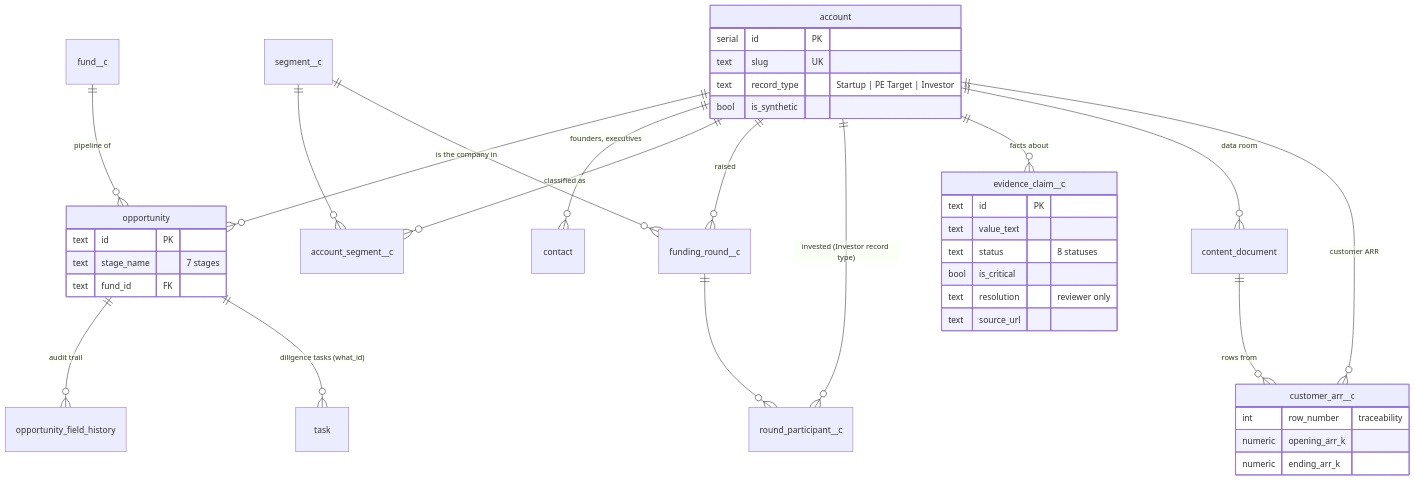
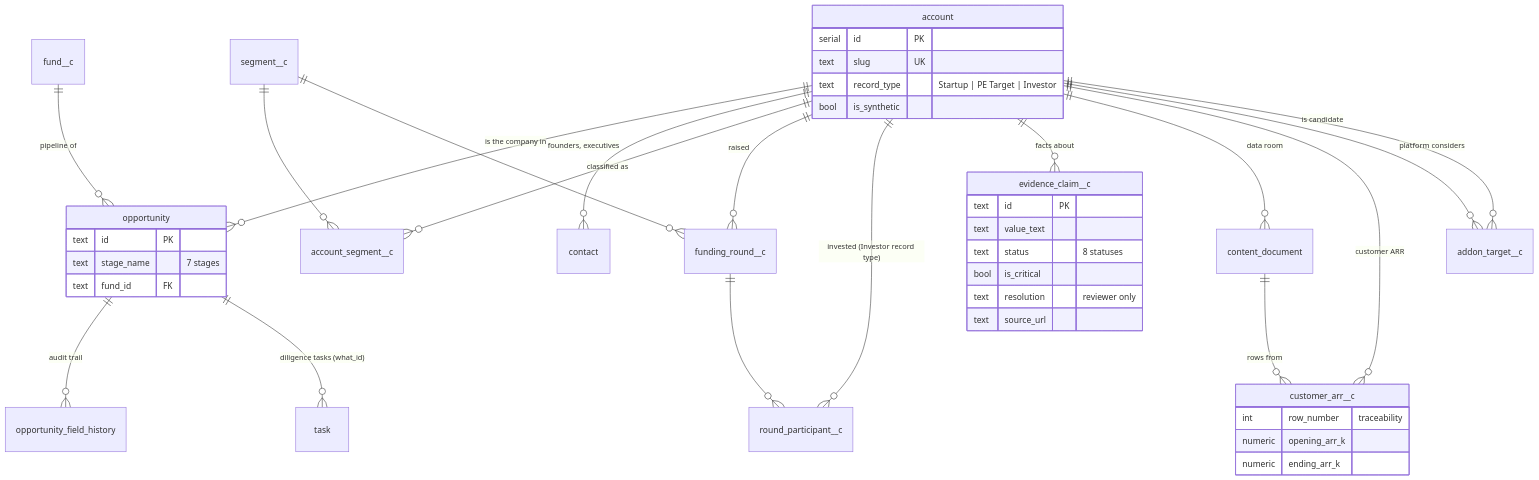
Before and after one commit to hithakishore-all/ai-product-leadership-portfolio: the second of 6 diagrams in ConvictionAI/docs/ARCHITECTURE.md, drawn with Mermaid. The commit also changed other lines of this file and 30 other files, not shown here.

````diff
--- a/ConvictionAI/docs/ARCHITECTURE.md
+++ b/ConvictionAI/docs/ARCHITECTURE.md
@@ -70,43 +76,45 @@
 ```mermaid
 erDiagram
   fund__c ||--o{ opportunity : "pipeline of"
   account ||--o{ opportunity : "is the company in"
   opportunity ||--o{ opportunity_field_history : "audit trail"
   opportunity ||--o{ task : "diligence tasks (what_id)"
   account ||--o{ contact : "founders, executives"
   account ||--o{ account_segment__c : "classified as"
   segment__c ||--o{ account_segment__c : ""
   segment__c ||--o{ funding_round__c : ""
   account ||--o{ funding_round__c : "raised"
   funding_round__c ||--o{ round_participant__c : ""
   account ||--o{ round_participant__c : "invested (Investor record type)"
   account ||--o{ evidence_claim__c : "facts about"
   account ||--o{ content_document : "data room"
   content_document ||--o{ customer_arr__c : "rows from"
   account ||--o{ customer_arr__c : "customer ARR"
+  account ||--o{ addon_target__c : "platform considers"
+  account ||--o{ addon_target__c : "is candidate"
 
   account {
     serial id PK
     text slug UK
     text record_type "Startup | PE Target | Investor"
     bool is_synthetic
   }
   opportunity {
     text id PK
     text stage_name "7 stages"
     text fund_id FK
   }
   evidence_claim__c {
     text id PK
     text value_text
     text status "8 statuses"
     bool is_critical
     text resolution "reviewer only"
     text source_url
   }
   customer_arr__c {
     int row_number "traceability"
     numeric opening_arr_k
     numeric ending_arr_k
   }
 ```
````
